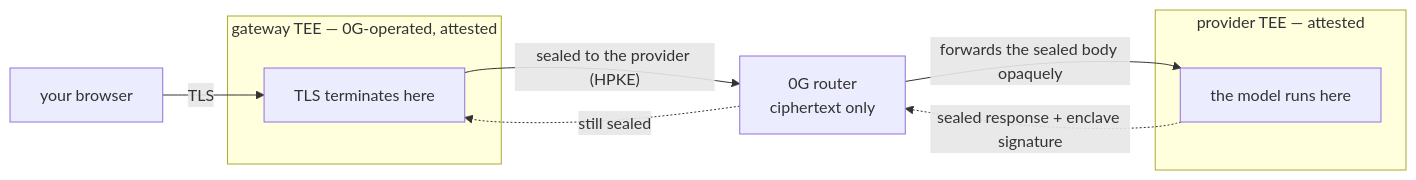
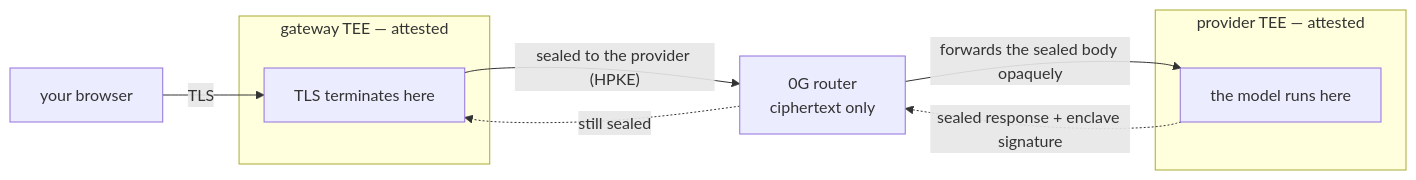
Before and after one commit to 0gfoundation/0g-pc-e2ee: the diagram in docs/why-this-is-private.md, drawn with Mermaid. The commit also changed other lines of this file and 1 other file, not shown here.

````diff
--- a/docs/why-this-is-private.md
+++ b/docs/why-this-is-private.md
@@ -45,20 +49,20 @@
 ```mermaid
 flowchart LR
     APP["your browser"]
 
-    subgraph GW["gateway TEE — 0G-operated, attested"]
+    subgraph GW["gateway TEE — attested"]
         G["TLS terminates here"]
     end
 
     R["0G router<br/>ciphertext only"]
 
     subgraph PROV["provider TEE — attested"]
         P["the model runs here"]
     end
 
     APP -->|"TLS"| G
     G -->|"sealed to the provider (HPKE)"| R
     R -->|"forwards the sealed body opaquely"| P
     P -.->|"sealed response + enclave signature"| R
     R -.->|"still sealed"| G
 ```
````
